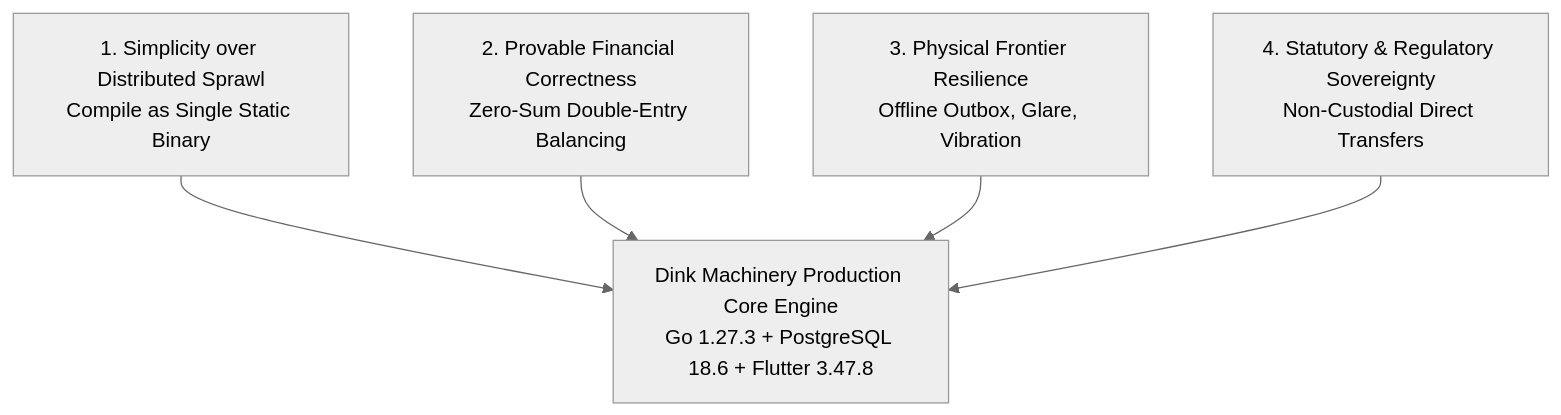
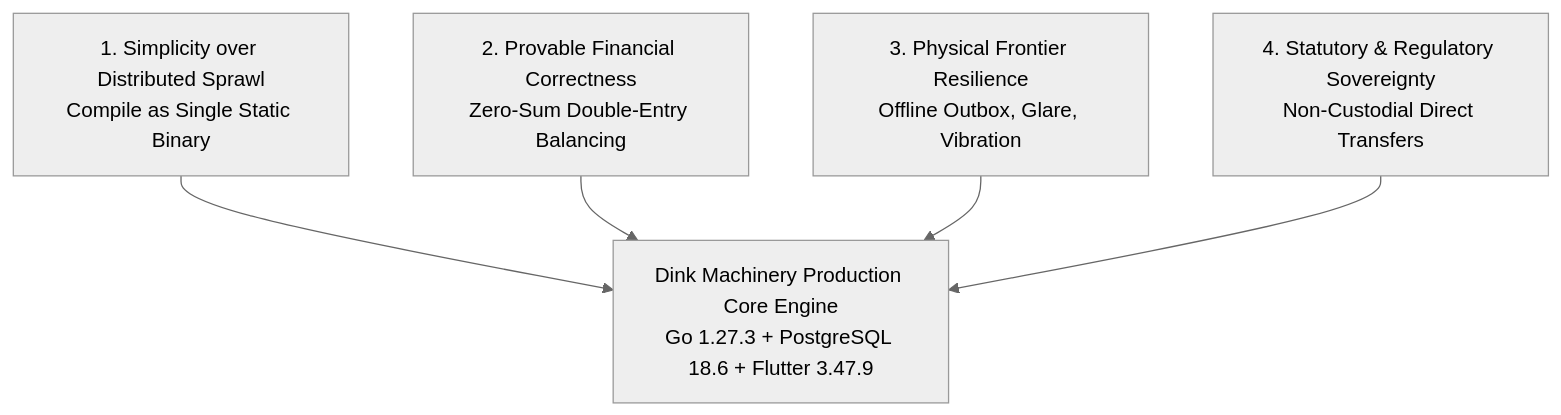
The first of 5 diagrams in docs/shared/architecture/02-architecture-principles.md (YDink/Heavy-Machinery-Logistics-Rental), drawn with Mermaid (neutral theme) before and after one commit. The commit also changed other lines of this file and 183 other files, not shown here.

````diff
--- a/docs/shared/architecture/02-architecture-principles.md
+++ b/docs/shared/architecture/02-architecture-principles.md
@@ -41,14 +41,14 @@
 ```mermaid
 flowchart TD
     Tenet1["1. Simplicity over Distributed Sprawl<br/>Compile as Single Static Binary"]
     Tenet2["2. Provable Financial Correctness<br/>Zero-Sum Double-Entry Balancing"]
     Tenet3["3. Physical Frontier Resilience<br/>Offline Outbox, Glare, Vibration"]
     Tenet4["4. Statutory & Regulatory Sovereignty<br/>Non-Custodial Direct Transfers"]
 
-    CoreEngine["Dink Machinery Production Core Engine<br/>Go 1.27.3 + PostgreSQL 18.6 + Flutter 3.47.8"]
+    CoreEngine["Dink Machinery Production Core Engine<br/>Go 1.27.3 + PostgreSQL 18.6 + Flutter 3.47.9"]
 
     Tenet1 --> CoreEngine
     Tenet2 --> CoreEngine
     Tenet3 --> CoreEngine
     Tenet4 --> CoreEngine
 ```
````
